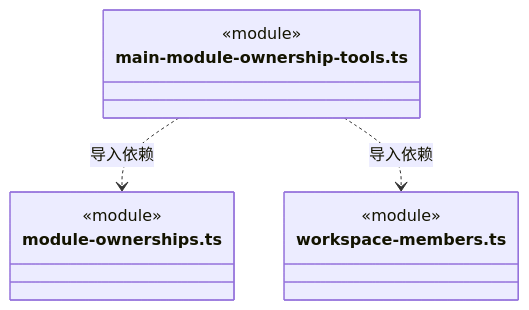
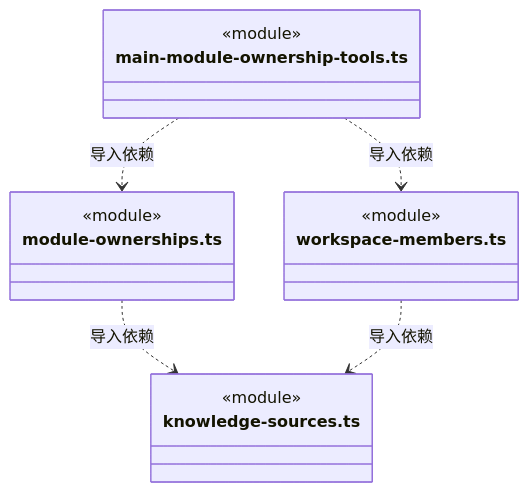
Diagram 13 of 15 in src/backend/main/workspace/ARCHITECTURE.md (nan023062/cbim), drawn with Mermaid before and after one commit. The commit also changed other lines of this file and 97 other files, not shown here.

````diff
--- a/src/backend/main/workspace/ARCHITECTURE.md
+++ b/src/backend/main/workspace/ARCHITECTURE.md
@@ -283,14 +341,19 @@
 ```mermaid
 classDiagram
 class N_src_backend_main_workspace_main_module_ownership_tools_ts["main-module-ownership-tools.ts"] {
   <<module>>
 }
 class N_src_backend_main_workspace_module_ownerships_ts["module-ownerships.ts"] {
   <<module>>
 }
 class N_src_backend_main_workspace_workspace_members_ts["workspace-members.ts"] {
   <<module>>
 }
+class N_src_backend_main_workspace_knowledge_sources_ts["knowledge-sources.ts"] {
+  <<module>>
+}
 N_src_backend_main_workspace_main_module_ownership_tools_ts ..> N_src_backend_main_workspace_module_ownerships_ts : 导入依赖
 N_src_backend_main_workspace_main_module_ownership_tools_ts ..> N_src_backend_main_workspace_workspace_members_ts : 导入依赖
+N_src_backend_main_workspace_module_ownerships_ts ..> N_src_backend_main_workspace_knowledge_sources_ts : 导入依赖
+N_src_backend_main_workspace_workspace_members_ts ..> N_src_backend_main_workspace_knowledge_sources_ts : 导入依赖
 ```
````
